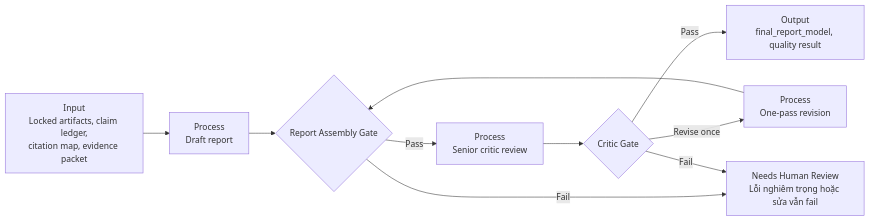
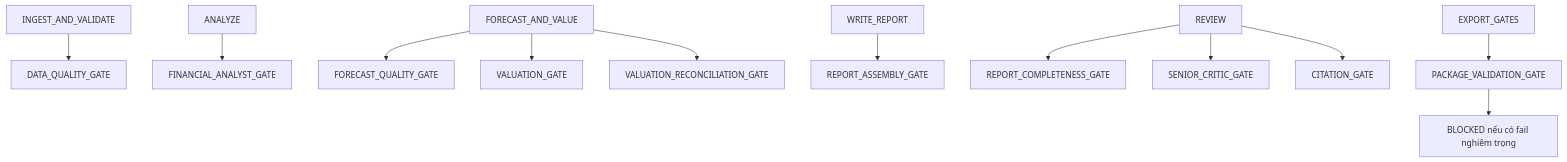
Before and after one commit to haubelerche/equity-research-system: diagram 19 of 24 in docs/SEQUENCE.md, drawn with Mermaid. The commit also changed other lines of this file and 56 other files, not shown here.

````diff
--- a/docs/SEQUENCE.md
+++ b/docs/SEQUENCE.md
@@ -466,18 +539,14 @@
 ```mermaid
-flowchart LR
-    A["Input<br/>Locked artifacts, claim ledger,<br/>citation map, evidence packet"]
-    B["Process<br/>Draft report"]
-    C{"Report Assembly Gate"}
-    D["Process<br/>Senior critic review"]
-    E{"Critic Gate"}
-    F["Process<br/>One-pass revision"]
-    G["Output<br/>final_report_model, quality result"]
-    H["Needs Human Review<br/>Lỗi nghiêm trọng hoặc sửa vẫn fail"]
-
-    A --> B --> C
-    C -- Pass --> D --> E
-    C -- Fail --> H
-    E -- Pass --> G
-    E -- Revise once --> F --> C
-    E -- Fail --> H
+flowchart TD
+    A["INGEST_AND_VALIDATE"] --> A1["DATA_QUALITY_GATE"]
+    B["ANALYZE"] --> B1["FINANCIAL_ANALYST_GATE"]
+    C["FORECAST_AND_VALUE"] --> C1["FORECAST_QUALITY_GATE"]
+    C --> C2["VALUATION_GATE"]
+    C --> C3["VALUATION_RECONCILIATION_GATE"]
+    D["WRITE_REPORT"] --> D1["REPORT_ASSEMBLY_GATE"]
+    E["REVIEW"] --> E1["REPORT_COMPLETENESS_GATE"]
+    E --> E2["SENIOR_CRITIC_GATE"]
+    E --> E3["CITATION_GATE"]
+    F["EXPORT_GATES"] --> F1["PACKAGE_VALIDATION_GATE"]
+    F1 --> X["BLOCKED nếu có fail nghiêm trọng"]
 ```
````
